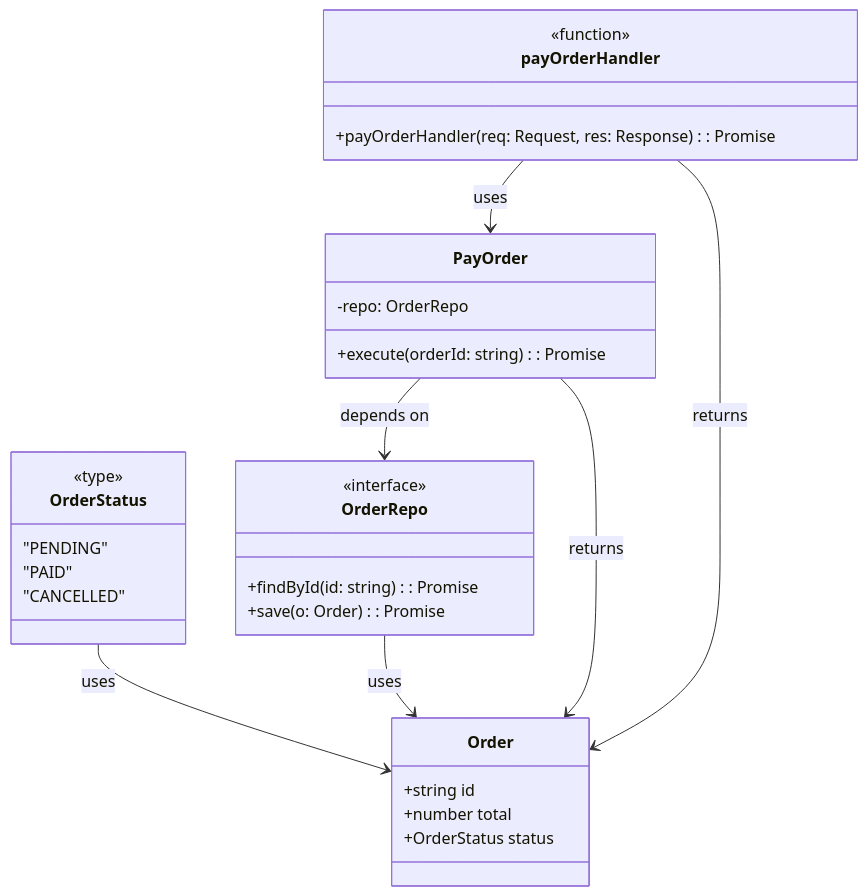
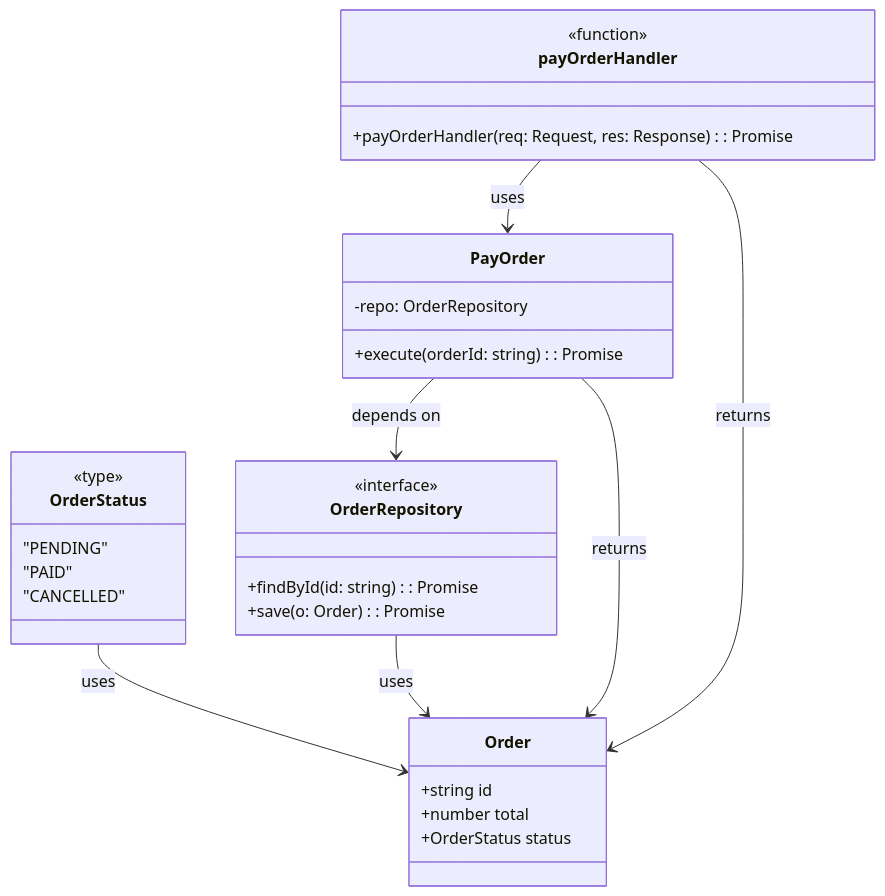
Before and after one commit to carlos-paezf/JS_and_TS_In-depth_Elective: the first of 2 diagrams in docs/02_typescript_fundamentals/09_narrowing_and_type_guards.md, drawn with Mermaid. The commit also changed other lines of this file, not shown here.

Commit message:
docs: Update code

````diff
--- a/docs/02_typescript_fundamentals/09_narrowing_and_type_guards.md
+++ b/docs/02_typescript_fundamentals/09_narrowing_and_type_guards.md
@@ -133,41 +133,41 @@
 ```mermaid
 classDiagram
   %% Dominio
   class Order {
     +string id
     +number total
     +OrderStatus status
   }
   class OrderStatus {
     <<type>>
     "PENDING"
     "PAID"
     "CANCELLED"
   }
 
   %% Aplicación
-  class OrderRepo {
+  class OrderRepository {
     <<interface>>
     +findById(id: string): Promise<Order | null>
     +save(o: Order): Promise<void>
   }
 
   class PayOrder {
-    -repo: OrderRepo
+    -repo: OrderRepository
     +execute(orderId: string): Promise<Order>
   }
 
   %% Interfaz
   class payOrderHandler {
     <<function>>
     +payOrderHandler(req: Request, res: Response): Promise<Response>
   }
 
   %% Relaciones
   OrderStatus --> Order : uses
-  OrderRepo --> Order : uses
-  PayOrder --> OrderRepo : depends on
+  OrderRepository --> Order : uses
+  PayOrder --> OrderRepository : depends on
   PayOrder --> Order : returns
   payOrderHandler --> PayOrder : uses
   payOrderHandler --> Order : returns
 ```
````
